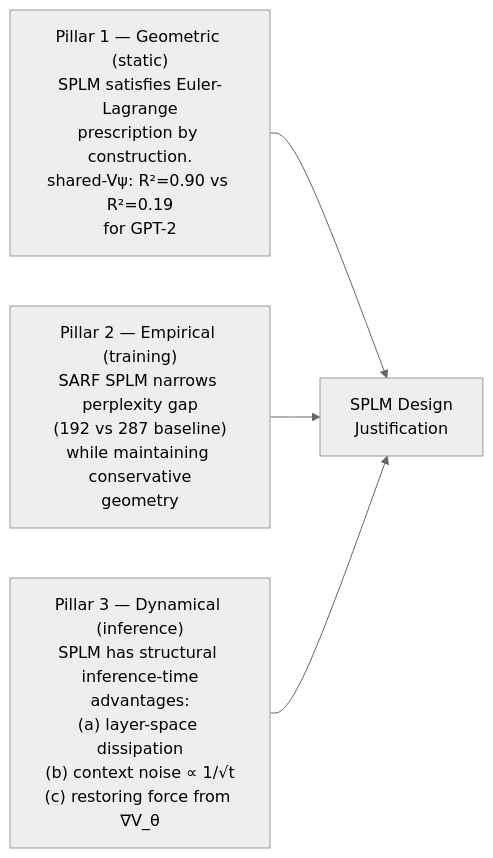
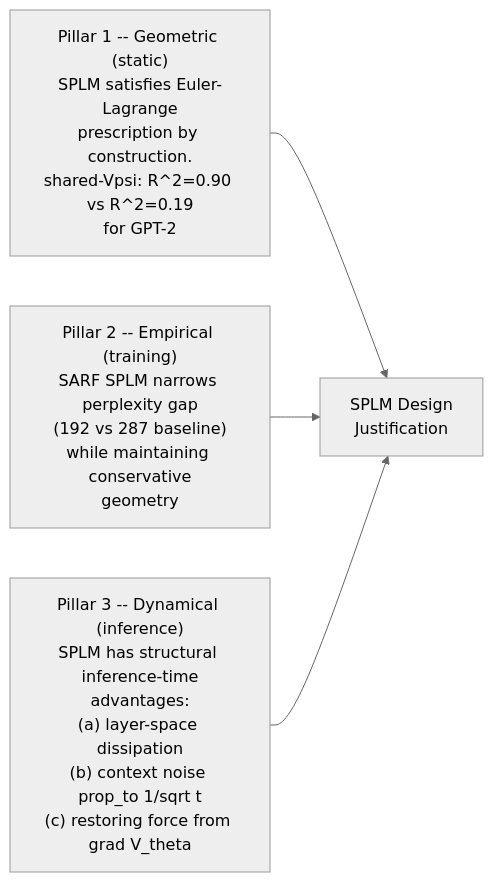
The fourth of 4 diagrams in docs/noise_and_brownian_motion/The_Impact_of_Brownian_Motion_on_Perplexity_in_Attention-Based_Transformers_and_SPLM.md (dimitarpg13/semantic_simulation), drawn with Mermaid (neutral theme) before and after one commit. The commit also changed other lines of this file and 28 other files, not shown here.

````diff
--- a/docs/noise_and_brownian_motion/The_Impact_of_Brownian_Motion_on_Perplexity_in_Attention-Based_Transformers_and_SPLM.md
+++ b/docs/noise_and_brownian_motion/The_Impact_of_Brownian_Motion_on_Perplexity_in_Attention-Based_Transformers_and_SPLM.md
@@ -365,10 +365,10 @@
 ```mermaid
 flowchart LR
-    P1["Pillar 1 — Geometric (static)\nSPLM satisfies Euler-Lagrange\nprescription by construction.\nshared-Vψ: R²=0.90 vs R²=0.19\nfor GPT-2"]
-    P2["Pillar 2 — Empirical (training)\nSARF SPLM narrows perplexity gap\n(192 vs 287 baseline)\nwhile maintaining conservative\ngeometry"]
-    P3["Pillar 3 — Dynamical (inference)\nSPLM has structural inference-time\nadvantages:\n(a) layer-space dissipation\n(b) context noise ∝ 1/√t\n(c) restoring force from ∇V_θ"]
+    P1["Pillar 1 -- Geometric (static)\nSPLM satisfies Euler-Lagrange\nprescription by construction.\nshared-Vpsi: R^2=0.90 vs R^2=0.19\nfor GPT-2"]
+    P2["Pillar 2 -- Empirical (training)\nSARF SPLM narrows perplexity gap\n(192 vs 287 baseline)\nwhile maintaining conservative\ngeometry"]
+    P3["Pillar 3 -- Dynamical (inference)\nSPLM has structural inference-time\nadvantages:\n(a) layer-space dissipation\n(b) context noise prop_to 1/sqrt t\n(c) restoring force from grad V_theta"]
 
     P1 --> SPLM_["SPLM Design\nJustification"]
     P2 --> SPLM_
     P3 --> SPLM_
 ```
````
